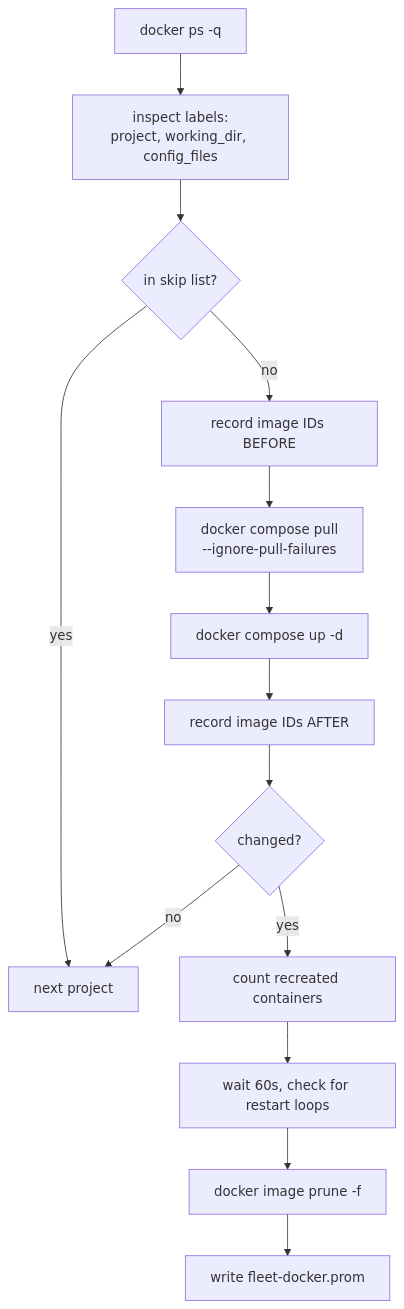
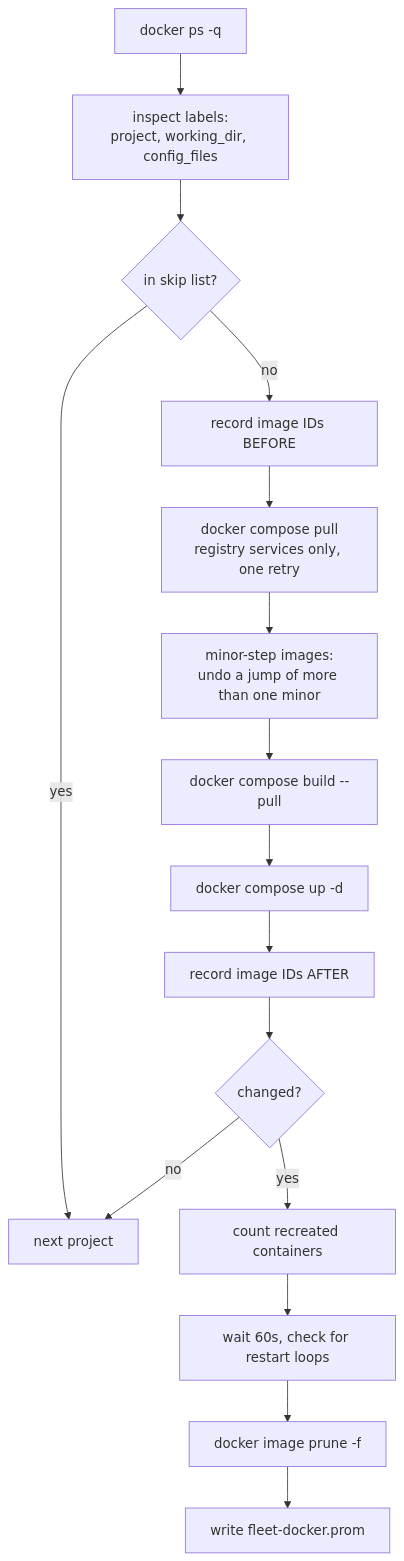
One commit to HarshitRuwali/homelab-infra changed the diagram in ansible/docs/fleet/container-updates.md. Above: the diagram before and after it, drawn with Mermaid. The commit also changed other lines of this file and 29 other files, not shown here.

````diff
--- a/ansible/docs/fleet/container-updates.md
+++ b/ansible/docs/fleet/container-updates.md
@@ -73,16 +76,18 @@
 ```mermaid
 flowchart TD
     A["docker ps -q"] --> B["inspect labels:<br/>project, working_dir, config_files"]
     B --> C{"in skip list?"}
     C -->|yes| Z["next project"]
     C -->|no| D["record image IDs BEFORE"]
-    D --> E["docker compose pull<br/>--ignore-pull-failures"]
-    E --> F["docker compose up -d"]
-    F --> G["record image IDs AFTER"]
+    D --> E["docker compose pull<br/>registry services only, one retry"]
+    E --> M["minor-step images:<br/>undo a jump of more than one minor"]
+    M --> F["docker compose build --pull"]
+    F --> N["docker compose up -d"]
+    N --> G["record image IDs AFTER"]
     G --> H{"changed?"}
     H -->|yes| I["count recreated containers"]
     H -->|no| Z
     I --> J["wait 60s, check for restart loops"]
     J --> K["docker image prune -f"]
     K --> L["write fleet-docker.prom"]
 ```
````
